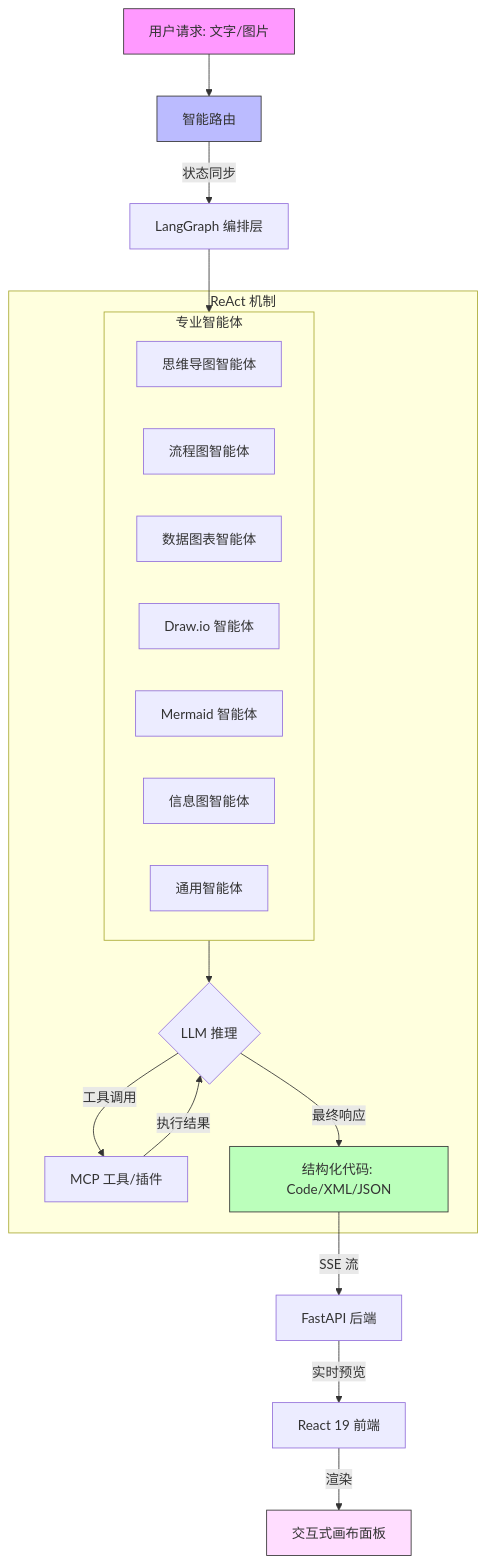
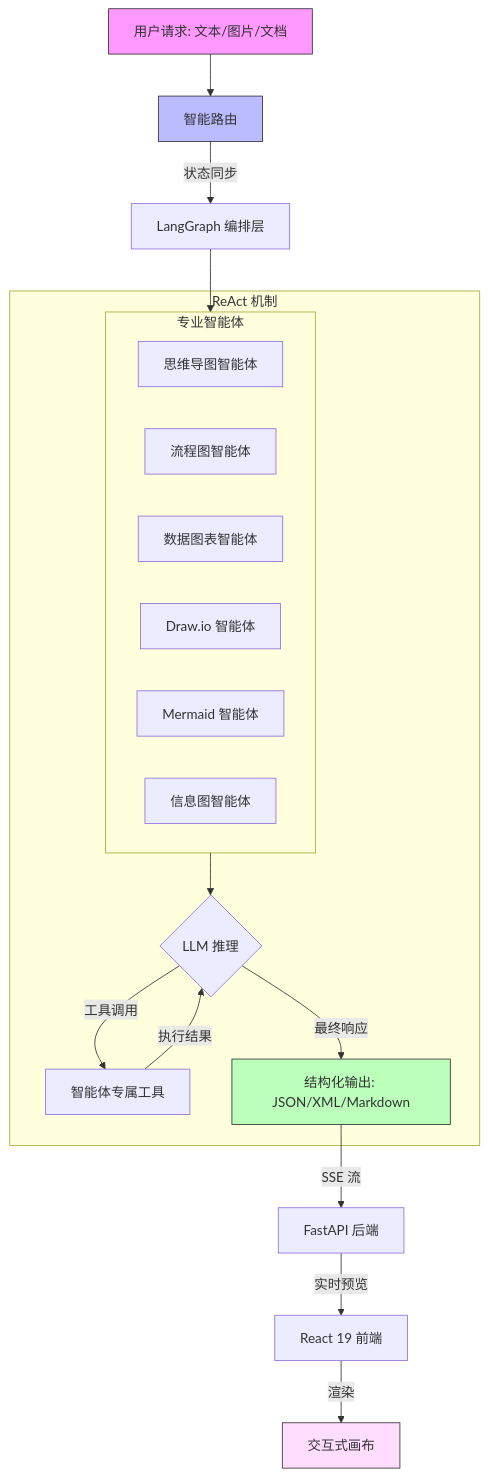
Before and after one commit to CrazyForks/DeepDiagram: the diagram in README_CN.md, drawn with Mermaid. The commit also changed other lines of this file and 7 other files, not shown here.

Commit message:
docs: enhance READMEs with comprehensive feature and architecture details; feat: refine agent system prompts to strictly enforce tool usage.

````diff
--- a/README_CN.md
+++ b/README_CN.md
@@ -97,33 +116,32 @@
 ```mermaid
 graph TD
-    Input[用户请求: 文字/图片] --> Router[智能路由]
+    Input[用户请求: 文本/图片/文档] --> Router[智能路由]
     Router -- 状态同步 --> Graph[LangGraph 编排层]
 
     subgraph Agents [专业智能体]
         AgentMM[思维导图智能体]
         AgentFlow[流程图智能体]
         AgentChart[数据图表智能体]
         AgentDraw[Draw.io 智能体]
         AgentMermaid[Mermaid 智能体]
         AgentInfo[信息图智能体]
-        AgentGen[通用智能体]
     end
 
     Graph --> Agents
 
     subgraph Loop [ReAct 机制]
         Agents --> LLM{LLM 推理}
-        LLM -->|工具调用| Tools[MCP 工具/插件]
+        LLM -->|工具调用| Tools[智能体专属工具]
         Tools -->|执行结果| LLM
-        LLM -->|最终响应| Code[结构化代码: Code/XML/JSON]
+        LLM -->|最终响应| Code[结构化输出: JSON/XML/Markdown]
     end
 
     Code -->|SSE 流| Backend[FastAPI 后端]
     Backend -->|实时预览| Frontend[React 19 前端]
-    Frontend -->|渲染| Canvas[交互式画布面板]
+    Frontend -->|渲染| Canvas[交互式画布]
 
     style Input fill:#f9f,stroke:#333
     style Router fill:#bbf,stroke:#333
     style Code fill:#bfb,stroke:#333
     style Canvas fill:#fdf,stroke:#333
 ```
````
